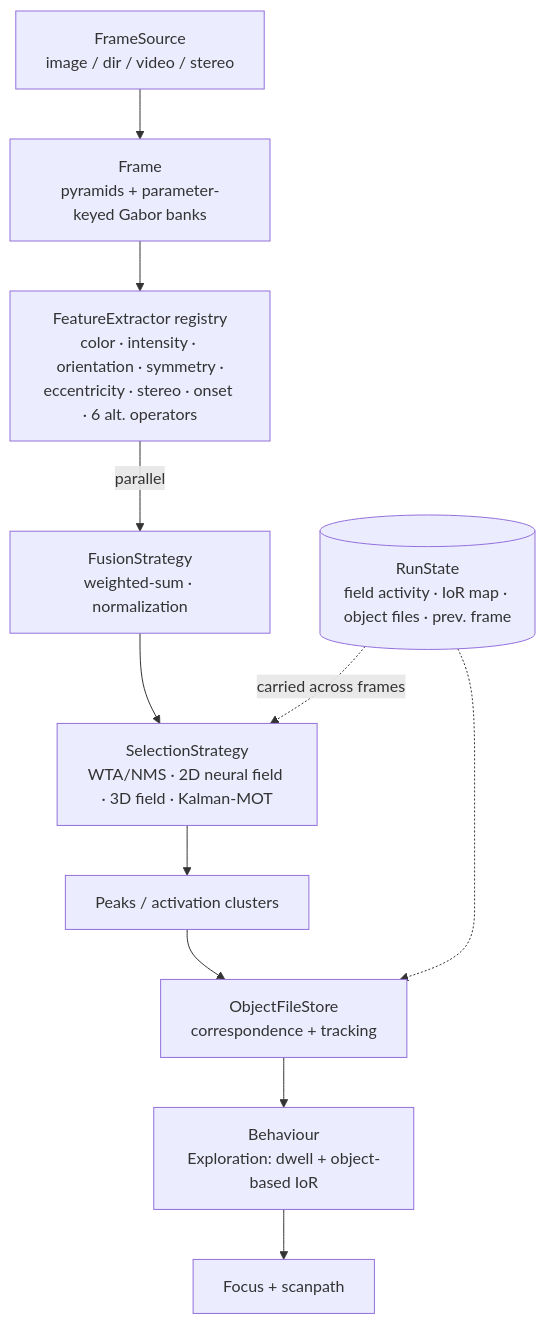
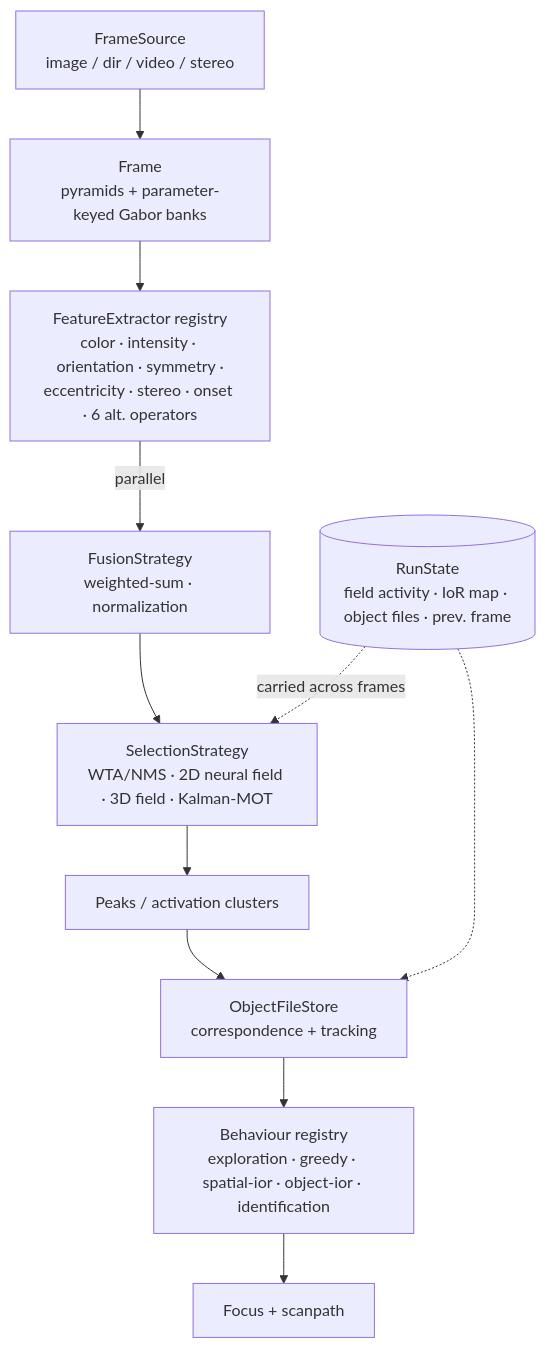
One commit to gerriet/visual-attention changed the second of 2 diagrams in docs/ARCHITECTURE.md. Above: the diagram before and after it, drawn with Mermaid. The commit also changed other lines of this file and 1 other file, not shown here.

First line of the commit message:
docs: refresh CLAUDE.md and ARCHITECTURE for main-branch model + M12/M13

````diff
--- a/docs/ARCHITECTURE.md
+++ b/docs/ARCHITECTURE.md
@@ -53,14 +53,14 @@
 ```mermaid
 flowchart TD
     FS[FrameSource<br/>image / dir / video / stereo] --> FR[Frame<br/>pyramids + parameter-keyed Gabor banks]
     FR --> FE[FeatureExtractor registry<br/>color · intensity · orientation · symmetry ·<br/>eccentricity · stereo · onset · 6 alt. operators]
     FE -->|parallel| FU[FusionStrategy<br/>weighted-sum · normalization]
     FU --> SEL[SelectionStrategy<br/>WTA/NMS · 2D neural field · 3D field · Kalman-MOT]
     SEL --> P[Peaks / activation clusters]
     P --> OS[ObjectFileStore<br/>correspondence + tracking]
-    OS --> BH[Behaviour<br/>Exploration: dwell + object-based IoR]
+    OS --> BH[Behaviour registry<br/>exploration · greedy · spatial-ior · object-ior · identification]
     BH --> SP[Focus + scanpath]
     RS[(RunState<br/>field activity · IoR map · object files · prev. frame)]
     RS -.->|carried across frames| SEL
     RS -.-> OS
 ```
````
